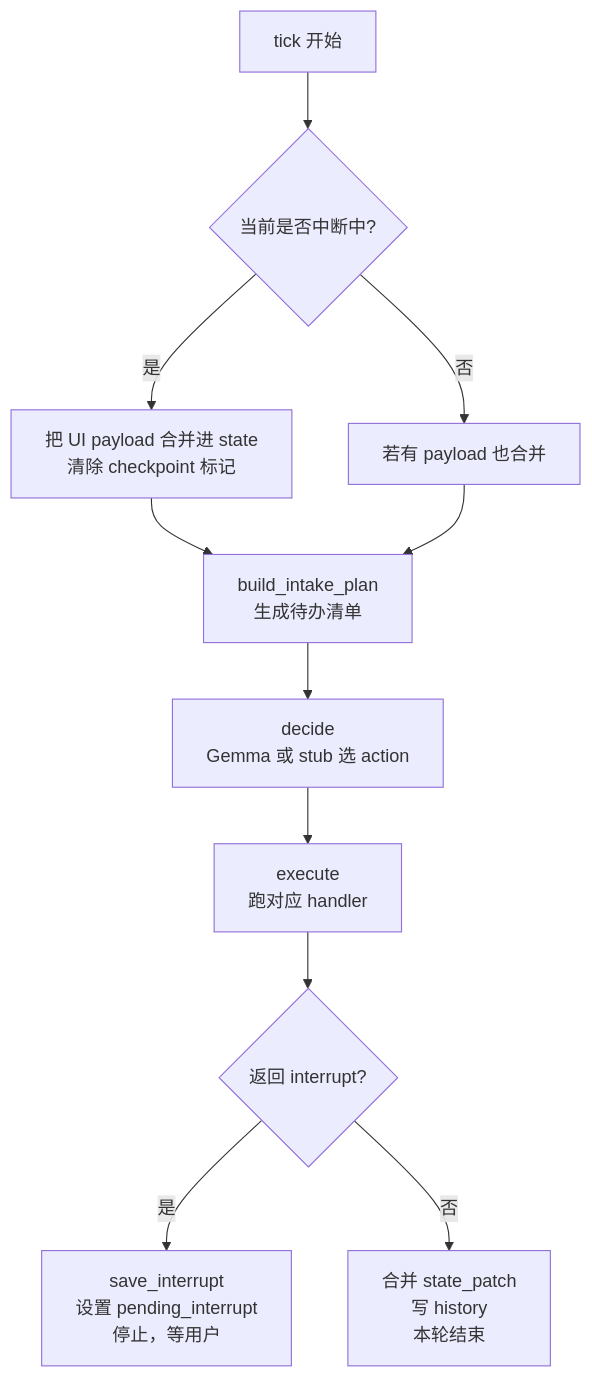
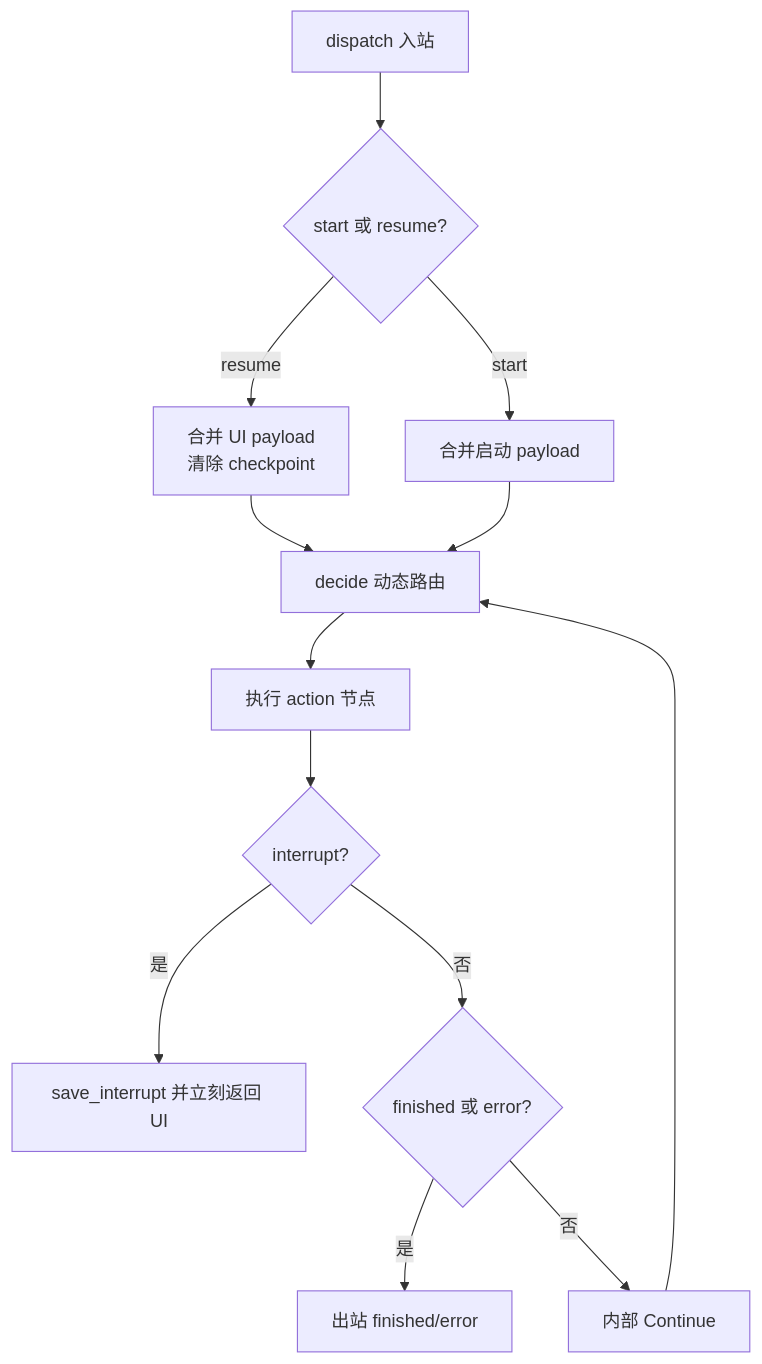
The first of 2 diagrams in docs/gemma4_dynamic_workflow.md (gostnort/excel-template-viz), drawn with Mermaid before and after one commit. The commit also changed other lines of this file and 48 other files, not shown here.

````diff
--- a/docs/gemma4_dynamic_workflow.md
+++ b/docs/gemma4_dynamic_workflow.md
@@ -303,13 +311,15 @@
 ```mermaid
 flowchart TD
-    A[tick 开始] --> B{当前是否中断中?}
-    B -->|是| C[把 UI payload 合并进 state\n清除 checkpoint 标记]
-    B -->|否| D[若有 payload 也合并]
-    C --> E[build_intake_plan\n生成待办清单]
+    A[dispatch 入站] --> B{start 或 resume?}
+    B -->|resume| C[合并 UI payload\n清除 checkpoint]
+    B -->|start| D[合并启动 payload]
+    C --> E[decide 动态路由]
     D --> E
-    E --> F[decide\nGemma 或 stub 选 action]
-    F --> G[execute\n跑对应 handler]
-    G --> H{返回 interrupt?}
-    H -->|是| I[save_interrupt\n设置 pending_interrupt\n停止，等用户]
-    H -->|否| J[合并 state_patch\n写 history\n本轮结束]
+    E --> F[执行 action 节点]
+    F --> G{interrupt?}
+    G -->|是| H[save_interrupt 并立刻返回 UI]
+    G -->|否| I{finished 或 error?}
+    I -->|是| J[出站 finished/error]
+    I -->|否| K[内部 Continue]
+    K --> E
 ```
````
